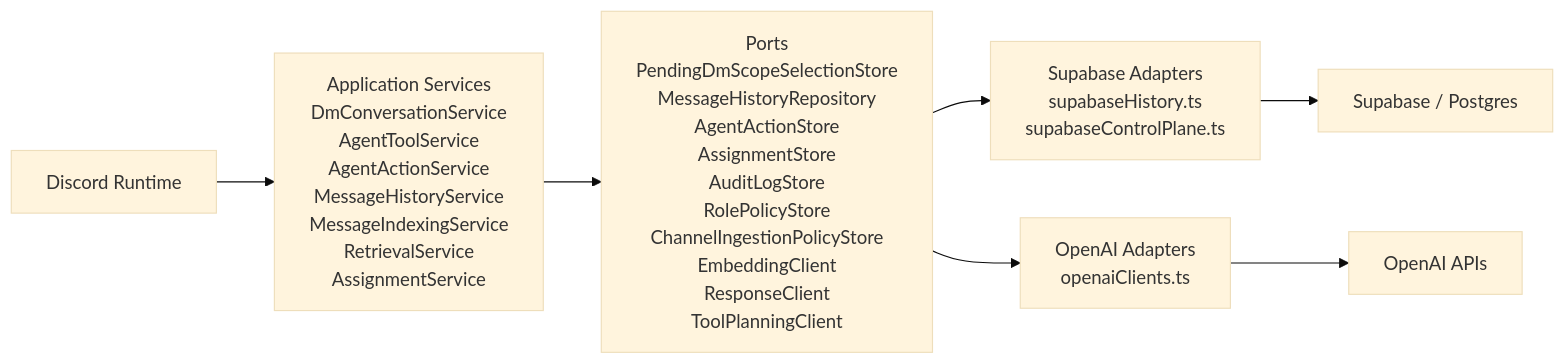
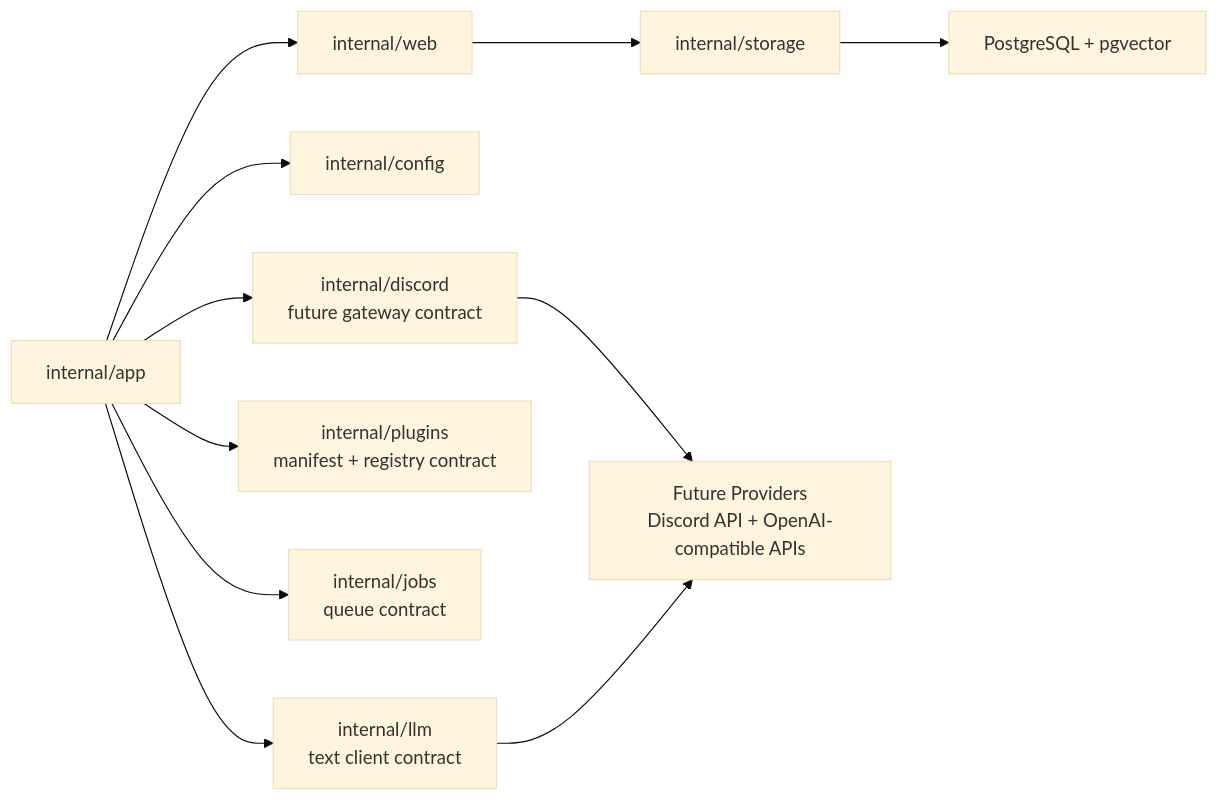
One commit to gOps132/GigiDC changed the diagram in docs/diagrams/service-adapters.md. Above: the diagram before and after it, drawn with Mermaid (base theme). The commit also changed other lines of this file and 26 other files, not shown here.

````diff
--- a/docs/diagrams/service-adapters.md
+++ b/docs/diagrams/service-adapters.md
@@ -10,17 +10,24 @@
 ```mermaid
 flowchart LR
-  Discord["Discord Runtime"]
-  Services["Application Services<br/>DmConversationService<br/>AgentToolService<br/>AgentActionService<br/>MessageHistoryService<br/>MessageIndexingService<br/>RetrievalService<br/>AssignmentService"]
-  Ports["Ports<br/>PendingDmScopeSelectionStore<br/>MessageHistoryRepository<br/>AgentActionStore<br/>AssignmentStore<br/>AuditLogStore<br/>RolePolicyStore<br/>ChannelIngestionPolicyStore<br/>EmbeddingClient<br/>ResponseClient<br/>ToolPlanningClient"]
-  SupabaseAdapters["Supabase Adapters<br/>supabaseHistory.ts<br/>supabaseControlPlane.ts"]
-  OpenAIAdapters["OpenAI Adapters<br/>openaiClients.ts"]
-  DB["Supabase / Postgres"]
-  OpenAI["OpenAI APIs"]
+  App["internal/app"]
+  Web["internal/web"]
+  Config["internal/config"]
+  Storage["internal/storage"]
+  Discord["internal/discord<br/>future gateway contract"]
+  Plugins["internal/plugins<br/>manifest + registry contract"]
+  Jobs["internal/jobs<br/>queue contract"]
+  LLM["internal/llm<br/>text client contract"]
+  DB["PostgreSQL + pgvector"]
+  Providers["Future Providers<br/>Discord API + OpenAI-compatible APIs"]
 
-  Discord --> Services
-  Services --> Ports
-  Ports --> SupabaseAdapters
-  Ports --> OpenAIAdapters
-  SupabaseAdapters --> DB
-  OpenAIAdapters --> OpenAI
+  App --> Web
+  App --> Config
+  Web --> Storage
+  Storage --> DB
+  App --> Discord
+  App --> Plugins
+  App --> Jobs
+  App --> LLM
+  Discord --> Providers
+  LLM --> Providers
 ```
````
